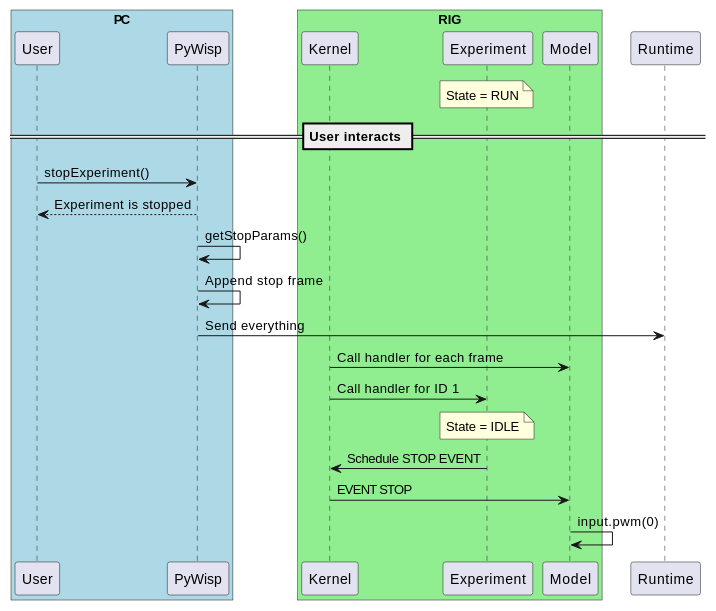
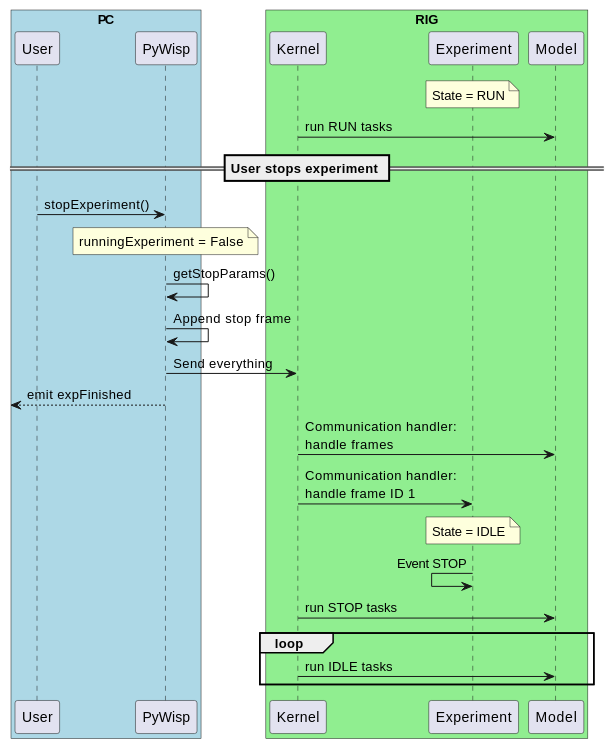
Before and after one commit to umit-iace/tool-pywisp: the fifth of 5 diagrams in docs/communication/index.rst, drawn with PlantUML. The commit also changed other lines of this file and 2 other files, not shown here.

```diff
--- a/docs/communication/index.rst
+++ b/docs/communication/index.rst
@@ -116,28 +121,32 @@
 .. uml::
     :caption: Stopping an experiment
 
     box "PC" #LightBlue
     participant User
     participant PyWisp
     end box
     box "RIG" #LightGreen
     participant Kernel
     participant Experiment
     participant Model
     end box
 
     note over Experiment: State = RUN
+    Kernel -> Model: run RUN tasks
 
-    == User interacts ==
+    == User stops experiment ==
 
     User -> PyWisp: stopExperiment()
-    User <-- PyWisp: Experiment is stopped
+    note over PyWisp: runningExperiment = False
     PyWisp -> PyWisp: getStopParams()
     PyWisp -> PyWisp: Append stop frame
-    PyWisp -> Runtime: Send everything
-    Kernel -> Model: Call handler for each frame
-    Kernel -> Experiment: Call handler for ID 1
+    PyWisp -> Kernel: Send everything
+    [<-- PyWisp: emit expFinished
+    Kernel -> Model: Communication handler:\nhandle frames
+    Kernel -> Experiment: Communication handler:\nhandle frame ID 1
     note over Experiment: State = IDLE
-    Kernel <- Experiment: Schedule STOP EVENT
-    Kernel -> Model: EVENT STOP
-    Model -> Model: input.pwm(0)
+    Experiment <- Experiment: Event STOP
+    Kernel -> Model: run STOP tasks
+    loop
+    Kernel -> Model: run IDLE tasks
+    end
```
